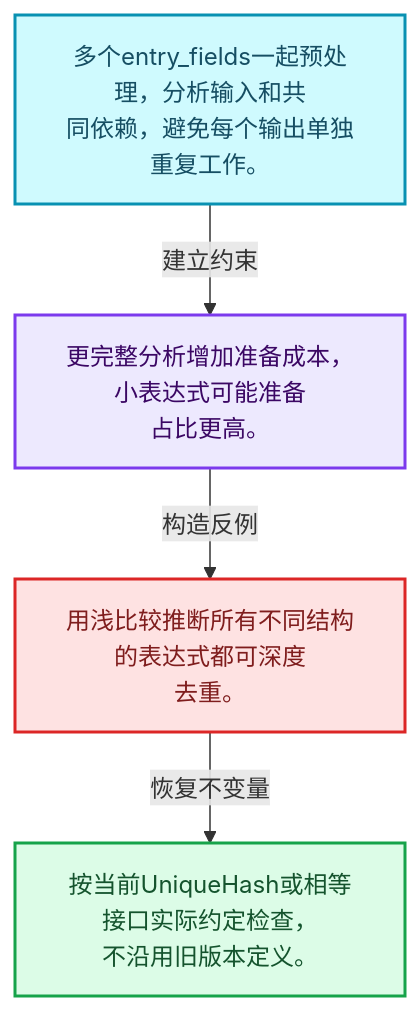
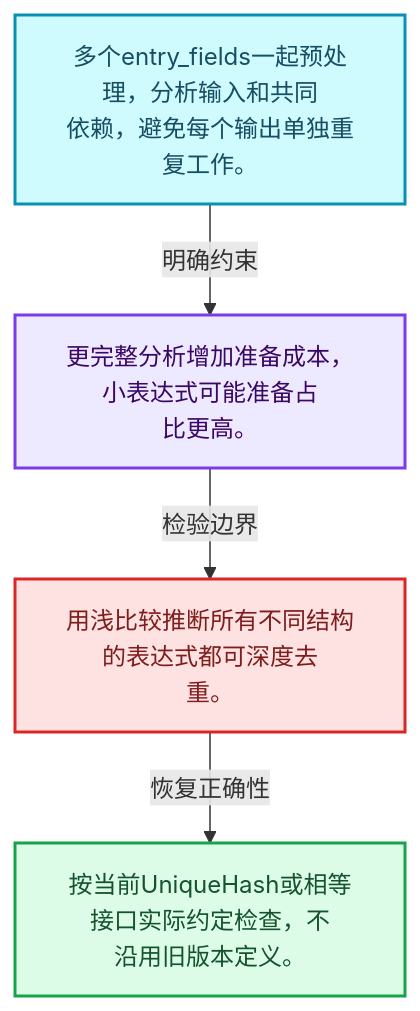
The first of 4 diagrams in 杂/markdown/全面学习-codex/08-Field表达式与求值/08-表达式分析与共享子图.md (yunkezengren/blender-.vscode), drawn with Mermaid before and after one commit. The commit also changed other lines of this file and 1930 other files, not shown here.

````diff
--- a/杂/markdown/全面学习-codex/08-Field表达式与求值/08-表达式分析与共享子图.md
+++ b/杂/markdown/全面学习-codex/08-Field表达式与求值/08-表达式分析与共享子图.md
@@ -29,16 +29,16 @@
 ```mermaid
 flowchart TB
-  M["多个entry_fields一起预处理，分析输入和共<br/>同依赖，避免每个输出单独重复工作。"]:::data
-  T["更完整分析增加准备成本，小表达式可能准备<br/>占比更高。"]:::abstraction
-  X["用浅比较推断所有不同结构的表达式都可深度<br/>去重。"]:::error
-  A["按当前UniqueHash或相等接口实际约定检查，<br/>不沿用旧版本定义。"]:::result
-  M -->|"建立约束"| T
-  T -->|"构造反例"| X
-  X -->|"恢复不变量"| A
+  M["多个entry_fields一起预处理，分析输入和共同<br/>依赖，避免每个输出单独重复工作。"]:::data
+  C["更完整分析增加准备成本，小表达式可能准备占<br/>比更高。"]:::abstraction
+  B["用浅比较推断所有不同结构的表达式都可深度去<br/>重。"]:::error
+  R["按当前UniqueHash或相等接口实际约定检查，不<br/>沿用旧版本定义。"]:::result
+  M -->|"明确约束"| C
+  C -->|"检验边界"| B
+  B -->|"恢复正确性"| R
   classDef input fill:#DBEAFE,stroke:#2563EB,color:#172554,stroke-width:2px;
   classDef data fill:#CFFAFE,stroke:#0891B2,color:#164E63,stroke-width:2px;
   classDef abstraction fill:#EDE9FE,stroke:#7C3AED,color:#3B0764,stroke-width:2px;
   classDef compute fill:#FEF3C7,stroke:#D97706,color:#78350F,stroke-width:2px;
   classDef result fill:#DCFCE7,stroke:#16A34A,color:#14532D,stroke-width:2px;
   classDef error fill:#FEE2E2,stroke:#DC2626,color:#7F1D1D,stroke-width:2px;
 ```
````
